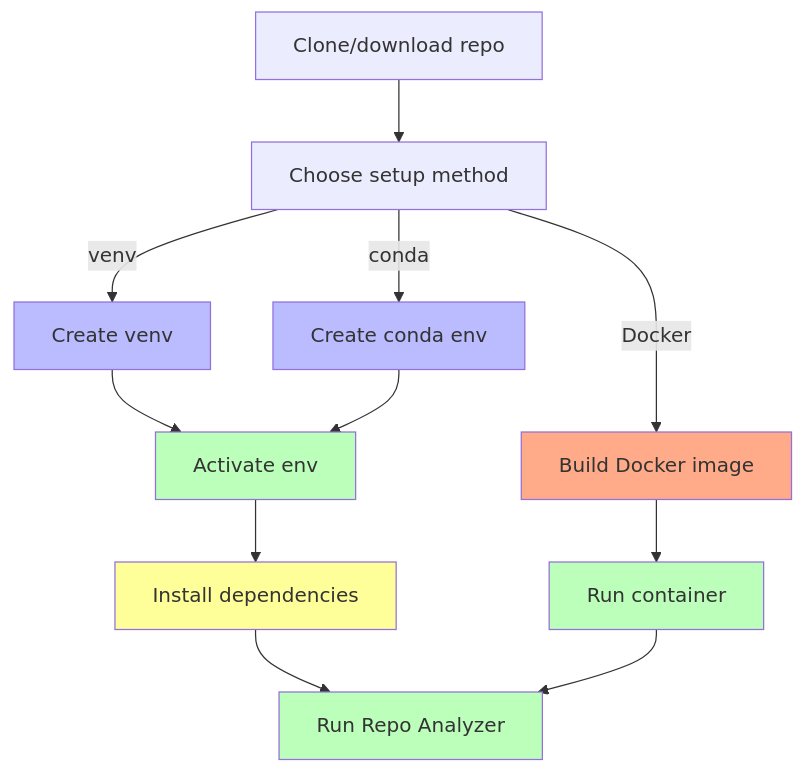
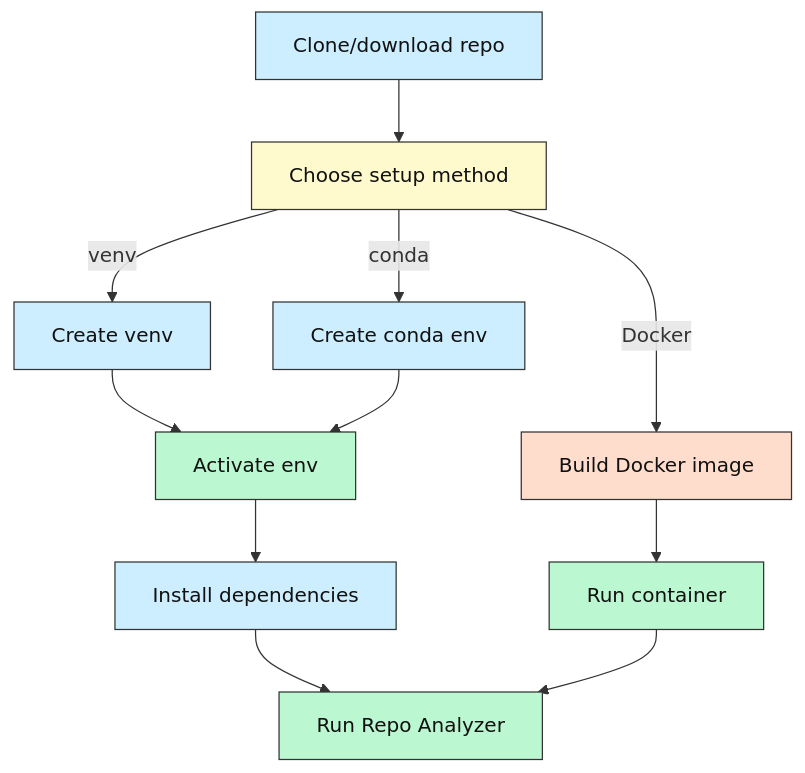
Before and after one commit to Mindrocket42/CluelessCodersToolBox: the second of 2 diagrams in Repo-Analyzer/README.md, drawn with Mermaid. The commit also changed other lines of this file and 3 other files, not shown here.

First line of the commit message:
fix mermaid contrast

````diff
--- a/Repo-Analyzer/README.md
+++ b/Repo-Analyzer/README.md
@@ -164,20 +166,23 @@
 ```mermaid
 flowchart TD
     A[Clone/download repo] --> B[Choose setup method]
     B -->|venv| C[Create venv]
     B -->|conda| D[Create conda env]
     B -->|Docker| E[Build Docker image]
     C --> F[Activate env]
     D --> F
     E --> G[Run container]
     F --> H[Install dependencies]
     H --> I[Run Repo Analyzer]
     G --> I
-    style C fill:#bbf
-    style D fill:#bbf
-    style E fill:#fa8
-    style F fill:#bfb
-    style G fill:#bfb
-    style H fill:#ff9
-    style I fill:#bfb
+
+style A fill:#cceeff,stroke:#333333,color:#111111
+style B fill:#fffacd,stroke:#333333,color:#111111
+style C fill:#cceeff,stroke:#333333,color:#111111
+style D fill:#cceeff,stroke:#333333,color:#111111
+style E fill:#ffddcc,stroke:#333333,color:#111111
+style F fill:#bbf7d0,stroke:#333333,color:#111111
+style G fill:#bbf7d0,stroke:#333333,color:#111111
+style H fill:#cceeff,stroke:#333333,color:#111111
+style I fill:#bbf7d0,stroke:#333333,color:#111111
 ```
````
